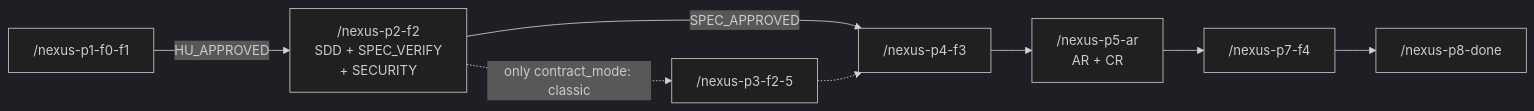
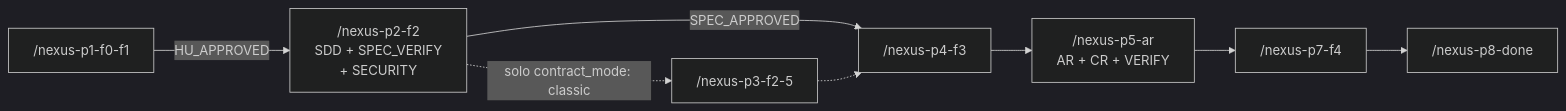
Before and after one commit to ferrosasfp/nexus-agile-enterprise: the second of 2 diagrams in README.md, drawn with Mermaid (dark theme). The commit also changed other lines of this file, not shown here.

````diff
--- a/README.md
+++ b/README.md
@@ -91,7 +85,7 @@
 ```mermaid
 flowchart LR
     P1["/nexus-p1-f0-f1"] -->|HU_APPROVED| P2["/nexus-p2-f2<br/>SDD + SPEC_VERIFY<br/>+ SECURITY"]
     P2 -->|SPEC_APPROVED| P4["/nexus-p4-f3"]
-    P2 -.->|"only contract_mode: classic"| P3["/nexus-p3-f2-5"] -.-> P4
-    P4 --> P5["/nexus-p5-ar<br/>AR + CR"] --> P7["/nexus-p7-f4"] --> P8["/nexus-p8-done"]
+    P2 -.->|"solo contract_mode: classic"| P3["/nexus-p3-f2-5"] -.-> P4
+    P4 --> P5["/nexus-p5-ar<br/>AR + CR + VERIFY"] --> P7["/nexus-p7-f4"] --> P8["/nexus-p8-done"]
 ```
````
